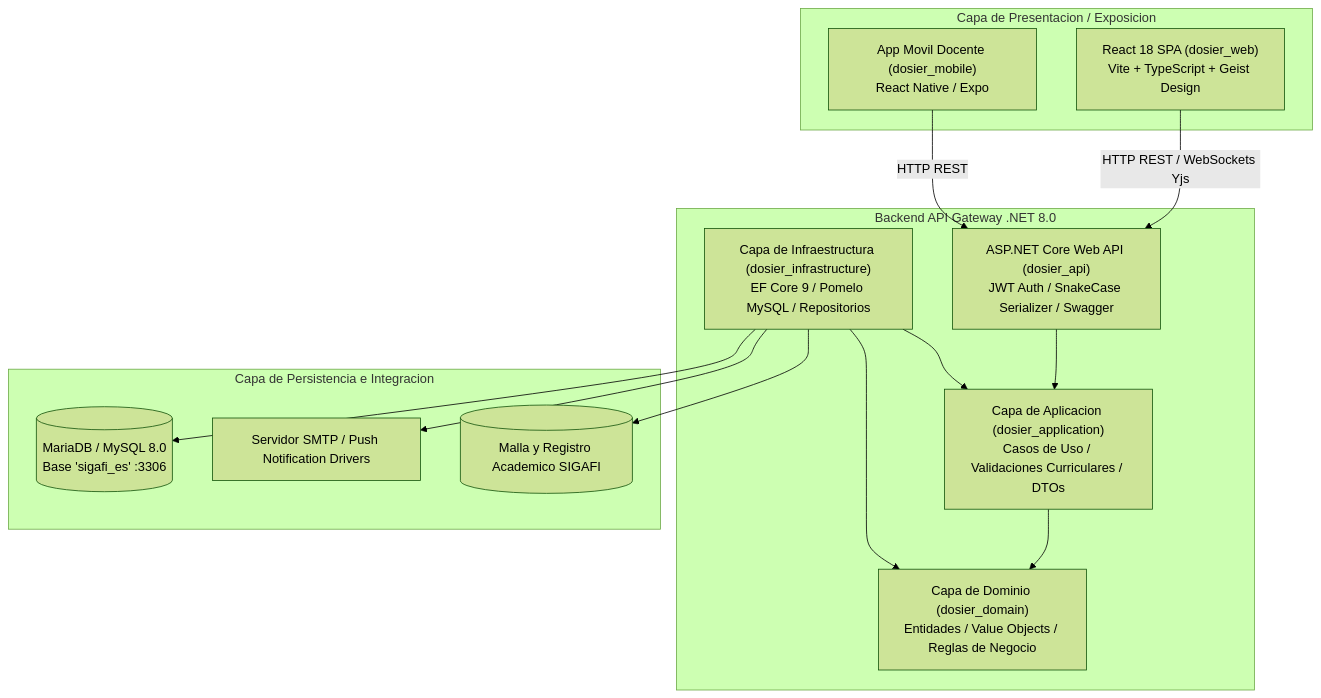
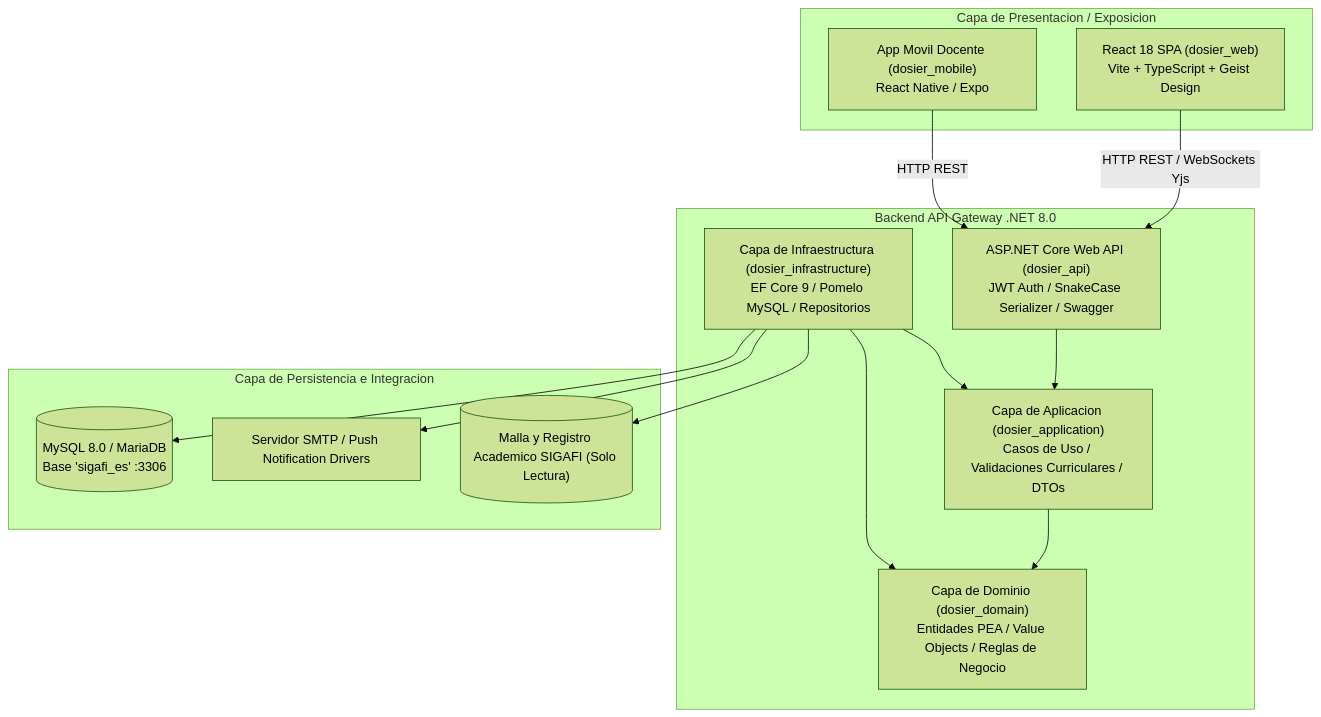
Before and after one commit to JorgeDoicela/dosier: the first of 3 diagrams in docs/documentacion/01-arquitectura/01-macro-arquitectura-clean-arch.md, drawn with Mermaid (forest theme). The commit also changed other lines of this file and 34 other files, not shown here.

````diff
--- a/docs/documentacion/01-arquitectura/01-macro-arquitectura-clean-arch.md
+++ b/docs/documentacion/01-arquitectura/01-macro-arquitectura-clean-arch.md
@@ -21,32 +21,32 @@
 ```mermaid
 graph TD
     subgraph CapaPresentacion [Capa de Presentacion / Exposicion]
         WebClient["React 18 SPA (dosier_web)\nVite + TypeScript + Geist Design"]
         MobileClient["App Movil Docente (dosier_mobile)\nReact Native / Expo"]
     end
 
     subgraph CapaBackend [Backend API Gateway .NET 8.0]
         APIGateway["ASP.NET Core Web API (dosier_api)\nJWT Auth / SnakeCase Serializer / Swagger"]
         AppCore["Capa de Aplicacion (dosier_application)\nCasos de Uso / Validaciones Curriculares / DTOs"]
-        DomainCore["Capa de Dominio (dosier_domain)\nEntidades / Value Objects / Reglas de Negocio"]
+        DomainCore["Capa de Dominio (dosier_domain)\nEntidades PEA / Value Objects / Reglas de Negocio"]
         InfraCore["Capa de Infraestructura (dosier_infrastructure)\nEF Core 9 / Pomelo MySQL / Repositorios"]
     end
 
     subgraph CapaPersistencia [Capa de Persistencia e Integracion]
-        MySQLDB[(MariaDB / MySQL 8.0\nBase 'sigafi_es' :3306)]
+        MySQLDB[(MySQL 8.0 / MariaDB\nBase 'sigafi_es' :3306)]
         MailSMTP["Servidor SMTP / Push Notification Drivers"]
-        ExternalSIGAFI[("Malla y Registro Academico SIGAFI")]
+        ExternalSIGAFI[("Malla y Registro Academico SIGAFI (Solo Lectura)")]
     end
 
     WebClient -->|HTTP REST / WebSockets Yjs| APIGateway
     MobileClient -->|HTTP REST| APIGateway
 
     APIGateway --> AppCore
     AppCore --> DomainCore
     InfraCore --> DomainCore
     InfraCore --> AppCore
 
     InfraCore --> MySQLDB
     InfraCore --> MailSMTP
     InfraCore --> ExternalSIGAFI
 ```
````
